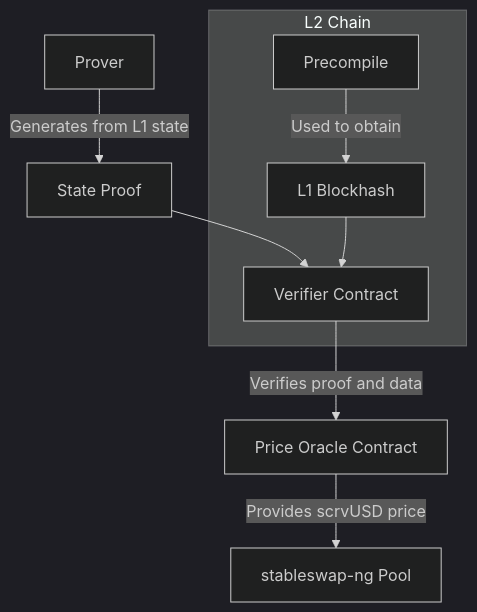
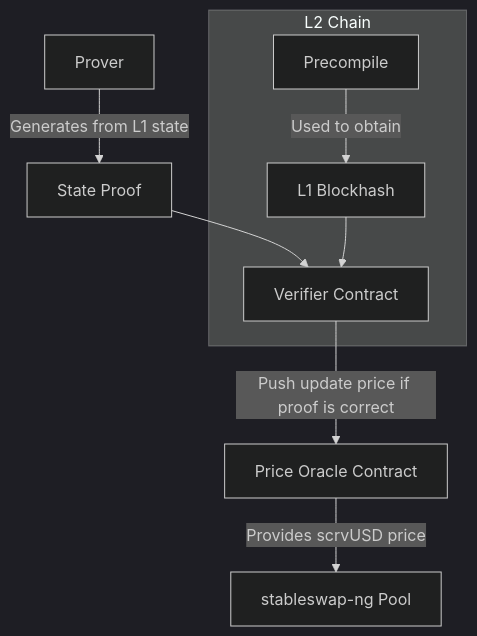
One commit to curvefi/storage-proofs changed the diagram in README.md. Above: the diagram before and after it, drawn with Mermaid (dark theme).

Commit message:
docs: minor diagram correction

````diff
--- a/README.md
+++ b/README.md
@@ -43,12 +43,12 @@
 ```mermaid
 flowchart TD
     A[Prover] --> |Generates from L1 state| E[State Proof]
     E[State Proof] --> B[Verifier Contract]
-    B -->|Verifies proof and data| C[Price Oracle Contract]
+    B -->|Push update price if proof is correct| C[Price Oracle Contract]
     C -->|Provides scrvUSD price| D[stableswap-ng Pool]
 
     subgraph L2 Chain
         E2[Precompile] --> |Used to obtain| E1
         E1[L1 Blockhash] --> B
     end
 ```
````
